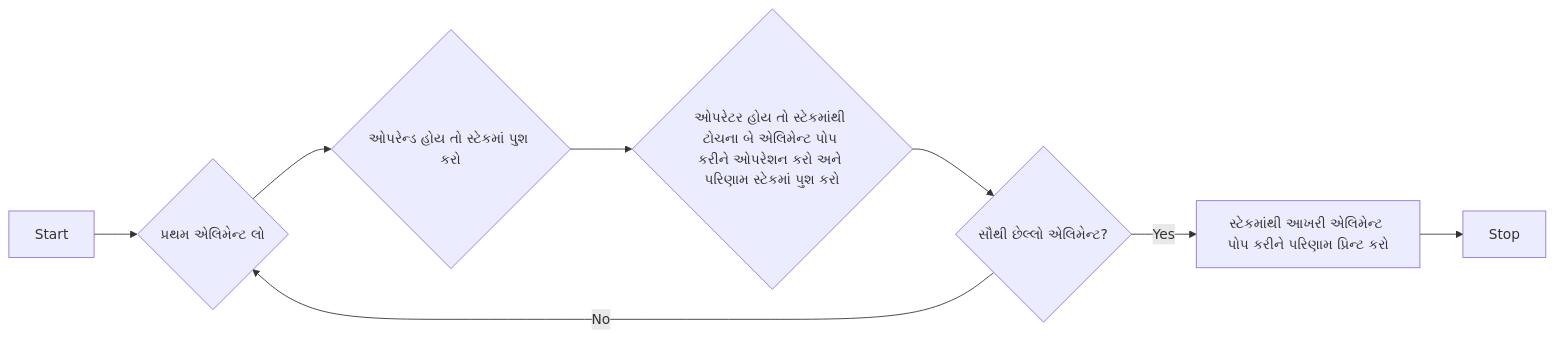
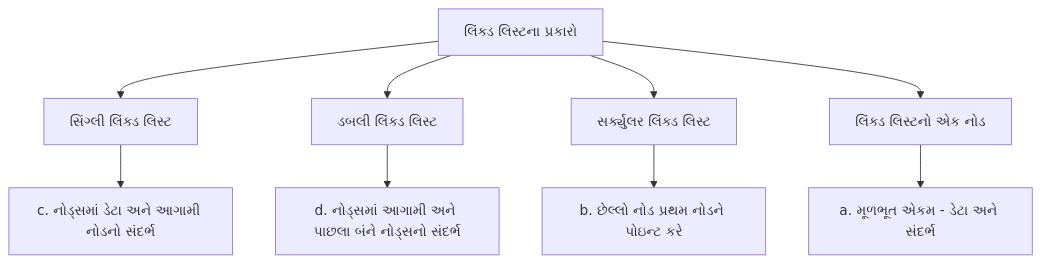
One commit to milavdabgar/Data-Structures changed diagram 19 of 45 in GTU Paper Solution in Gujarati.md. Above: the diagram before and after it, drawn with Mermaid. The commit also changed other lines of this file and 1 other file, not shown here.

````diff
--- a/GTU Paper Solution in Gujarati.md
+++ b/GTU Paper Solution in Gujarati.md
@@ -873,10 +972,11 @@
 ```mermaid
-flowchart LR
-    A[Start] --> B{પ્રથમ એલિમેન્ટ લો}
-    B --> C{ઓપરેન્ડ હોય તો સ્ટેકમાં પુશ કરો}
-    C --> D{ઓપરેટર હોય તો સ્ટેકમાંથી ટોચના બે એલિમેન્ટ પોપ કરીને ઓપરેશન કરો અને પરિણામ સ્ટેકમાં પુશ કરો}
-    D --> E{સૌથી છેલ્લો એલિમેન્ટ?}
-    E -- No --> B
-    E -- Yes --> F[સ્ટેકમાંથી આખરી એલિમેન્ટ પોપ કરીને પરિણામ પ્રિન્ટ કરો]
-    F --> G[Stop]
+graph TD
+    A[લિંક્ડ લિસ્ટના પ્રકારો] --> B[સિંગ્લી લિંક્ડ લિસ્ટ]
+    A --> C[ડબલી લિંક્ડ લિસ્ટ]
+    A --> D[સર્ક્યુલર લિંક્ડ લિસ્ટ]
+    A --> E[લિંક્ડ લિસ્ટનો એક નોડ]
+    B --> F[c. નોડ્સમાં ડેટા અને આગામી નોડનો સંદર્ભ]
+    C --> G[d. નોડ્સમાં આગામી અને પાછલા બંને નોડ્સનો સંદર્ભ]
+    D --> H[b. છેલ્લો નોડ પ્રથમ નોડને પોઇન્ટ કરે]
+    E --> I[a. મૂળભૂત એકમ - ડેટા અને સંદર્ભ]
 ```
````
